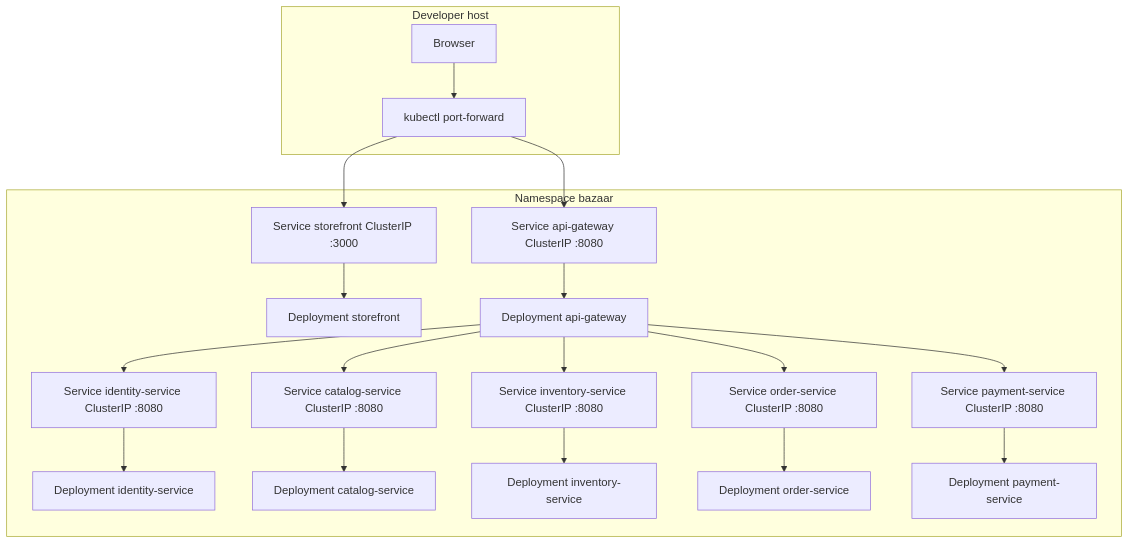
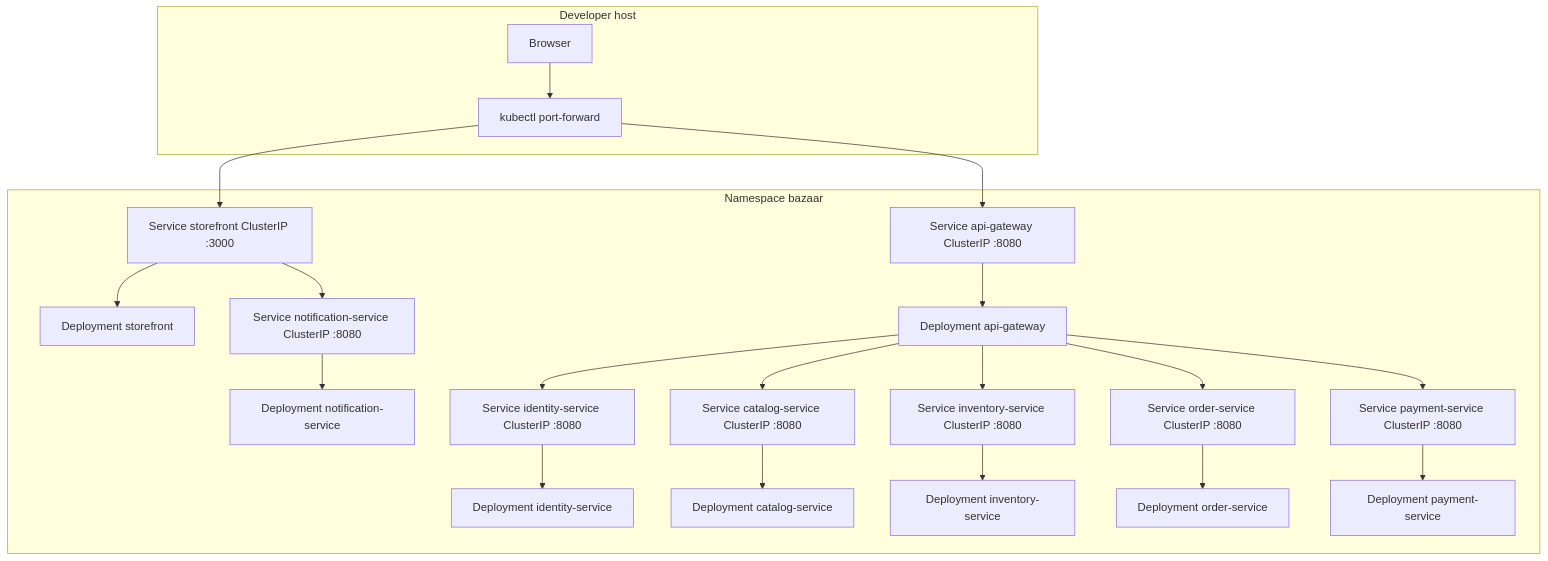
One commit to lecongnhat247/bazaar changed the second of 3 diagrams in docs/architecture/deployment-architecture.md. Above: the diagram before and after it, drawn with Mermaid. The commit also changed other lines of this file and 15 other files, not shown here.

Commit message:
Keep Kubernetes scaling inside the database and Kafka limits, and add the notification service to the existing chart without putting the data stores in the cluster.

````diff
--- a/docs/architecture/deployment-architecture.md
+++ b/docs/architecture/deployment-architecture.md
@@ -94,36 +94,39 @@
 ```mermaid
 flowchart TB
   subgraph host [Developer host]
     browser[Browser]
     portForward[kubectl port-forward]
   end
 
   subgraph ns [Namespace bazaar]
     storefront[Deployment storefront]
     gateway[Deployment api-gateway]
     identity[Deployment identity-service]
     catalog[Deployment catalog-service]
     inventory[Deployment inventory-service]
     orders[Deployment order-service]
     payments[Deployment payment-service]
+    notify[Deployment notification-service]
 
     svcFront[Service storefront ClusterIP :3000]
     svcGw[Service api-gateway ClusterIP :8080]
     svcId[Service identity-service ClusterIP :8080]
     svcCat[Service catalog-service ClusterIP :8080]
     svcInv[Service inventory-service ClusterIP :8080]
     svcOrd[Service order-service ClusterIP :8080]
     svcPay[Service payment-service ClusterIP :8080]
+    svcNotify[Service notification-service ClusterIP :8080]
   end
 
   browser --> portForward
   portForward --> svcFront
   portForward --> svcGw
   svcFront --> storefront
   svcGw --> gateway
   gateway --> svcId --> identity
   gateway --> svcCat --> catalog
   gateway --> svcInv --> inventory
   gateway --> svcOrd --> orders
   gateway --> svcPay --> payments
+  svcFront --> svcNotify --> notify
 ```
````
